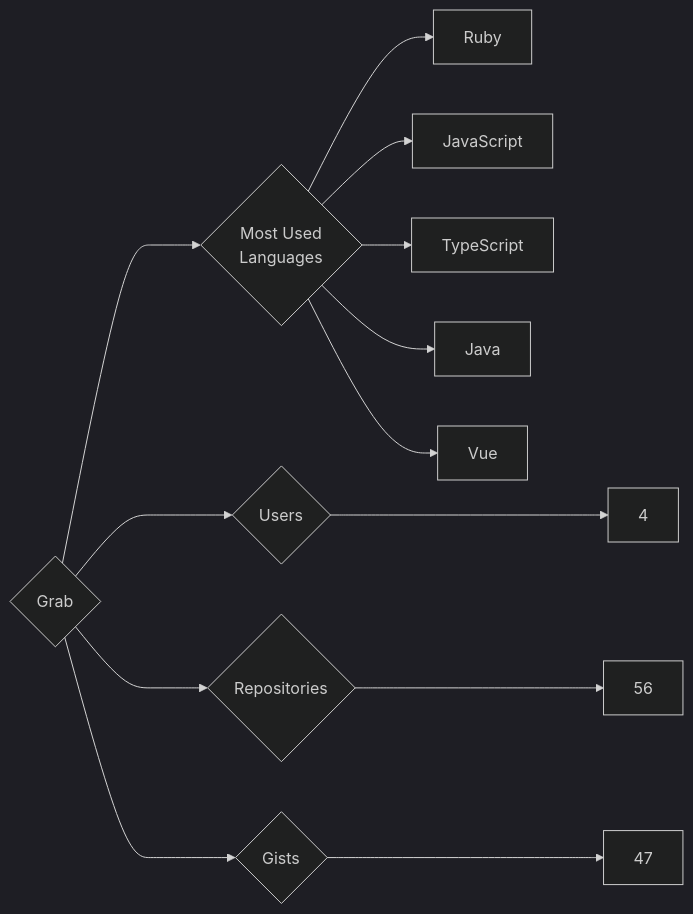
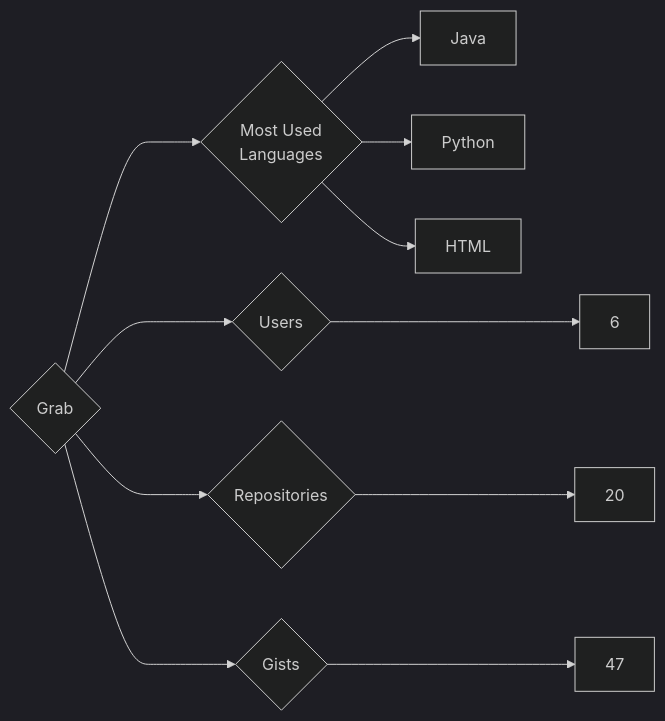
One commit to trickest/insiders changed the diagram in targets/Grab/README.md. Above: the diagram before and after it, drawn with Mermaid (dark theme). The commit also changed 1055 other files, not shown here.

````diff
--- a/targets/Grab/README.md
+++ b/targets/Grab/README.md
@@ -3,13 +3,11 @@
 ```mermaid
 graph LR
 COMPANY_NAME{Grab}
-COMPANY_NAME ---> U{Users} ---> UN[4]
-COMPANY_NAME ---> R{Repositories} ---> RN[56]
+COMPANY_NAME ---> U{Users} ---> UN[6]
+COMPANY_NAME ---> R{Repositories} ---> RN[20]
 COMPANY_NAME ---> G{Gists} ---> GN[47]
 COMPANY_NAME ---> ML{Most Used<br>Languages}
-ML --> Ruby[Ruby]
-ML --> JavaScript[JavaScript]
-ML --> TypeScript[TypeScript]
 ML --> Java[Java]
-ML --> Vue[Vue]
+ML --> Python[Python]
+ML --> HTML[HTML]
 ```
````
